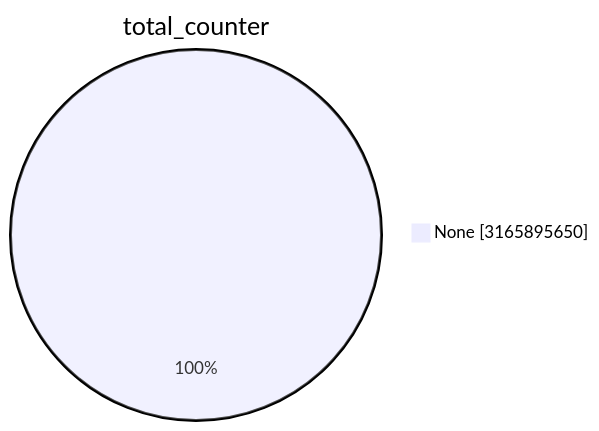
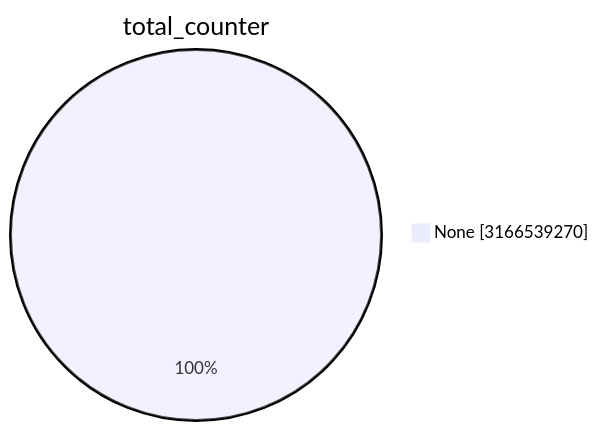
The first of 15 diagrams in TOTAL/README.md (christiankrug/ctmonitor_visualization), drawn with Mermaid before and after one commit. The commit also changed other lines of this file, not shown here.

````diff
--- a/TOTAL/README.md
+++ b/TOTAL/README.md
@@ -1,5 +1,5 @@
 ```mermaid
 pie showData
 title total_counter
-"None" :3165895650
+"None" :3166539270
 ```
````
